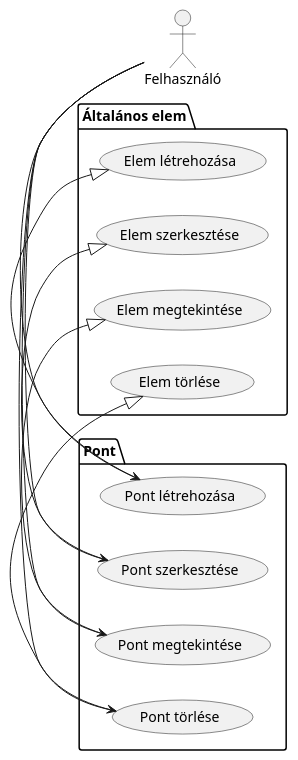
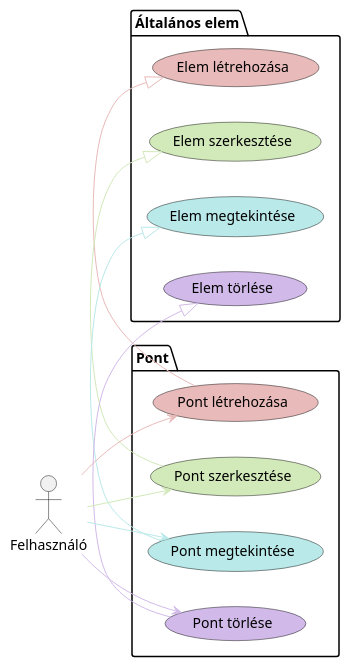
The diagram in DiplomatervSablon_LaTeX_v1/figures/plantuml/usecase/point.puml (LaciProg/Szakdolgozat), drawn with PlantUML before and after one commit. The commit also changed 32 other files, not shown here.

```diff
--- a/DiplomatervSablon_LaTeX_v1/figures/plantuml/usecase/point.puml
+++ b/DiplomatervSablon_LaTeX_v1/figures/plantuml/usecase/point.puml
@@ -1,31 +1,31 @@
 @startuml Point Diagram
 
 left to right direction
 
 actor Felhasználó
 
 package "Általános elem" {
-    usecase "Elem létrehozása" as CreateElement
-    usecase "Elem szerkesztése" as EditElement
-    usecase "Elem megtekintése" as ViewElement
-    usecase "Elem törlése" as DeleteElement
+    usecase "Elem létrehozása" as CreateElement #E9BABA
+    usecase "Elem szerkesztése" as EditElement #D2E9BA
+    usecase "Elem megtekintése" as ViewElement #BAE9E9
+    usecase "Elem törlése" as DeleteElement #D1BAE9
 }
 
 package "Pont" {
-    usecase "Pont létrehozása" as CreatePoint
-    usecase "Pont szerkesztése" as EditPoint
-    usecase "Pont megtekintése" as ViewPoint
-    usecase "Pont törlése" as DeletePoint
+    usecase "Pont létrehozása" as CreatePoint #E9BABA
+    usecase "Pont szerkesztése" as EditPoint #D2E9BA
+    usecase "Pont megtekintése" as ViewPoint #BAE9E9
+    usecase "Pont törlése" as DeletePoint #D1BAE9
 
-    CreatePoint -|> CreateElement
-    EditPoint -|> EditElement
-    ViewPoint -|> ViewElement
-    DeletePoint -|> DeleteElement
+    CreatePoint -[#E9BABA]|> CreateElement
+    EditPoint -[#D2E9BA]|> EditElement
+    ViewPoint -[#BAE9E9]|> ViewElement
+    DeletePoint -[#D1BAE9]|> DeleteElement
 }
 
-Felhasználó -> CreatePoint
-Felhasználó -> EditPoint
-Felhasználó -> ViewPoint
-Felhasználó -> DeletePoint
+Felhasználó -[#E9BABA]-> CreatePoint
+Felhasználó -[#D2E9BA]-> EditPoint
+Felhasználó -[#BAE9E9]-> ViewPoint
+Felhasználó -[#D1BAE9]-> DeletePoint
 
 @enduml
```
